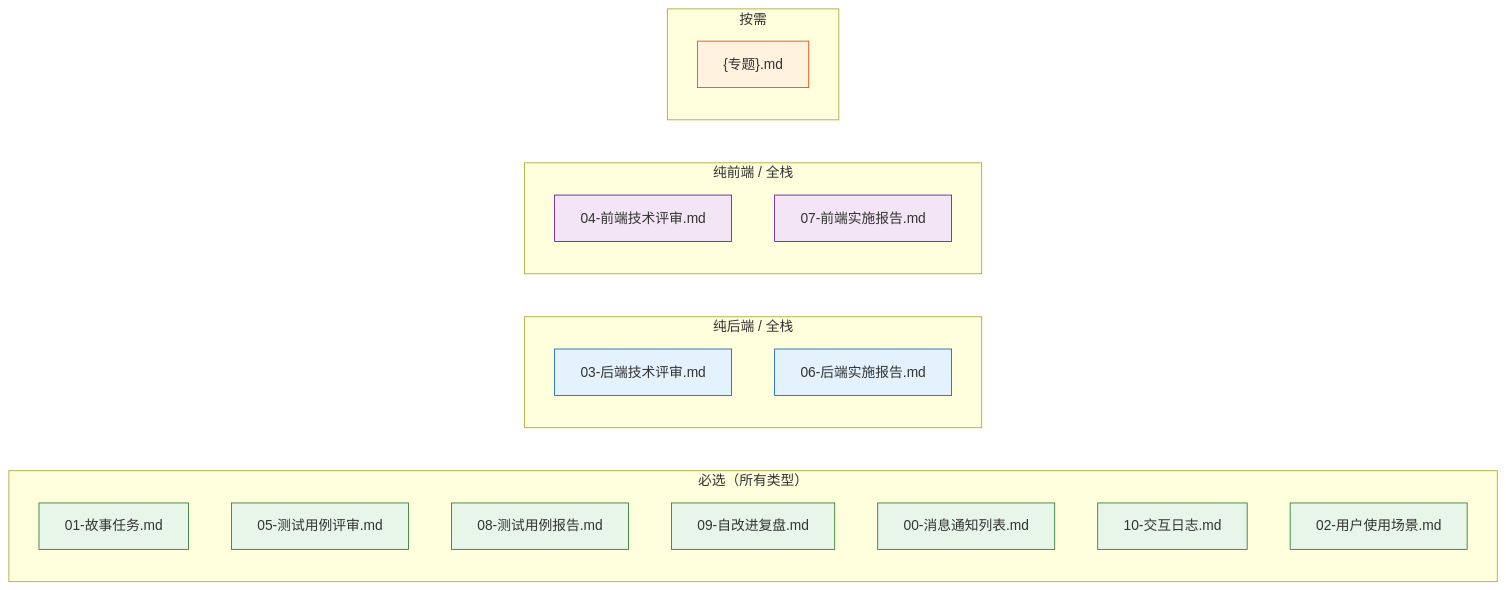
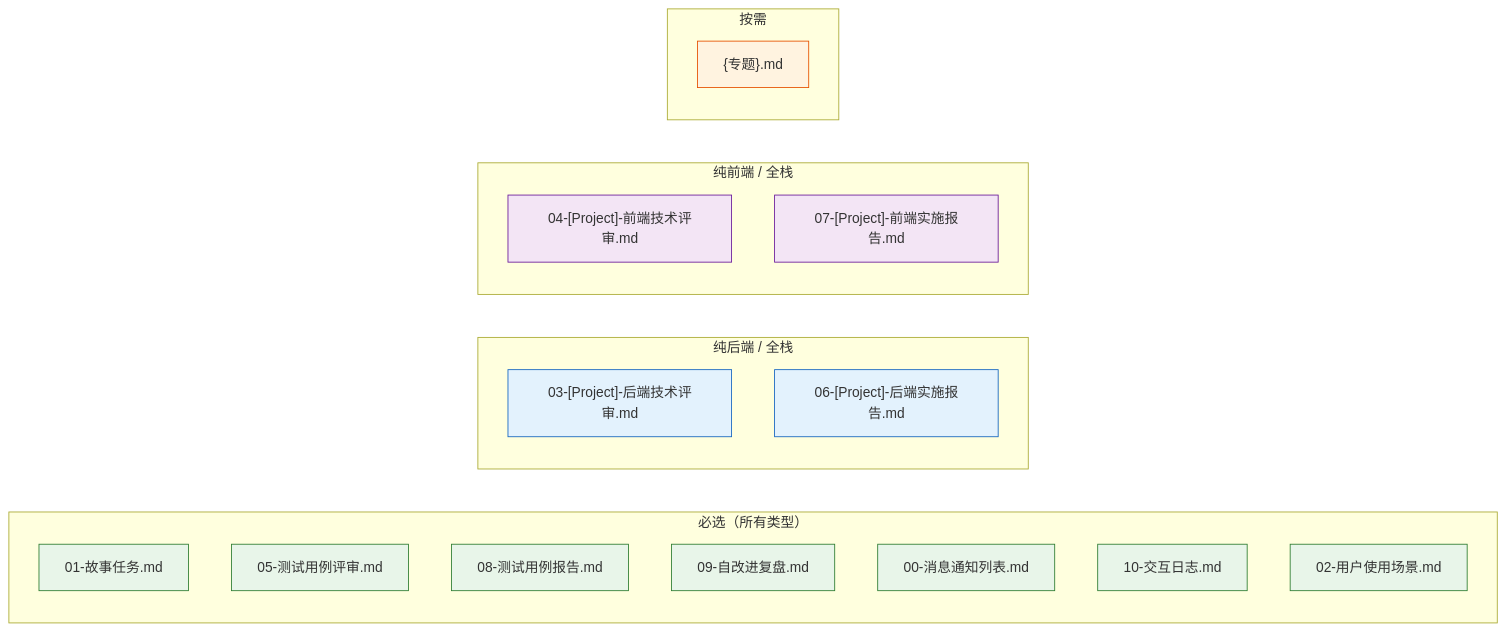
The first of 5 diagrams in skills/rui/coder.md (effiy/YrY), drawn with Mermaid before and after one commit. The commit also changed other lines of this file and 12 other files, not shown here.

````diff
--- a/skills/rui/coder.md
+++ b/skills/rui/coder.md
@@ -18,28 +18,28 @@
 ```mermaid
 flowchart LR
     subgraph 必选["必选（所有类型）"]
         B1["01-故事任务.md"]:::must
         B2["05-测试用例评审.md"]:::must
         B3["08-测试用例报告.md"]:::must
         B4["09-自改进复盘.md"]:::must
         B5["00-消息通知列表.md"]:::must
         B6["10-交互日志.md"]:::must
         B7["02-用户使用场景.md"]:::must
     end
     subgraph 后端["纯后端 / 全栈"]
-        C1["03-后端技术评审.md"]:::be
-        C2["06-后端实施报告.md"]:::be
+        C1["03-[Project]-后端技术评审.md"]:::be
+        C2["06-[Project]-后端实施报告.md"]:::be
     end
     subgraph 前端["纯前端 / 全栈"]
-        D1["04-前端技术评审.md"]:::fe
-        D2["07-前端实施报告.md"]:::fe
+        D1["04-[Project]-前端技术评审.md"]:::fe
+        D2["07-[Project]-前端实施报告.md"]:::fe
     end
     subgraph 补充["按需"]
         E1["{专题}.md"]:::supp
     end
 
     classDef must fill:#e8f5e9,stroke:#2e7d32;
     classDef be fill:#e3f2fd,stroke:#1565c0;
     classDef fe fill:#f3e5f5,stroke:#6a1b9a;
     classDef supp fill:#fff3e0,stroke:#e65100;
 ```
````
